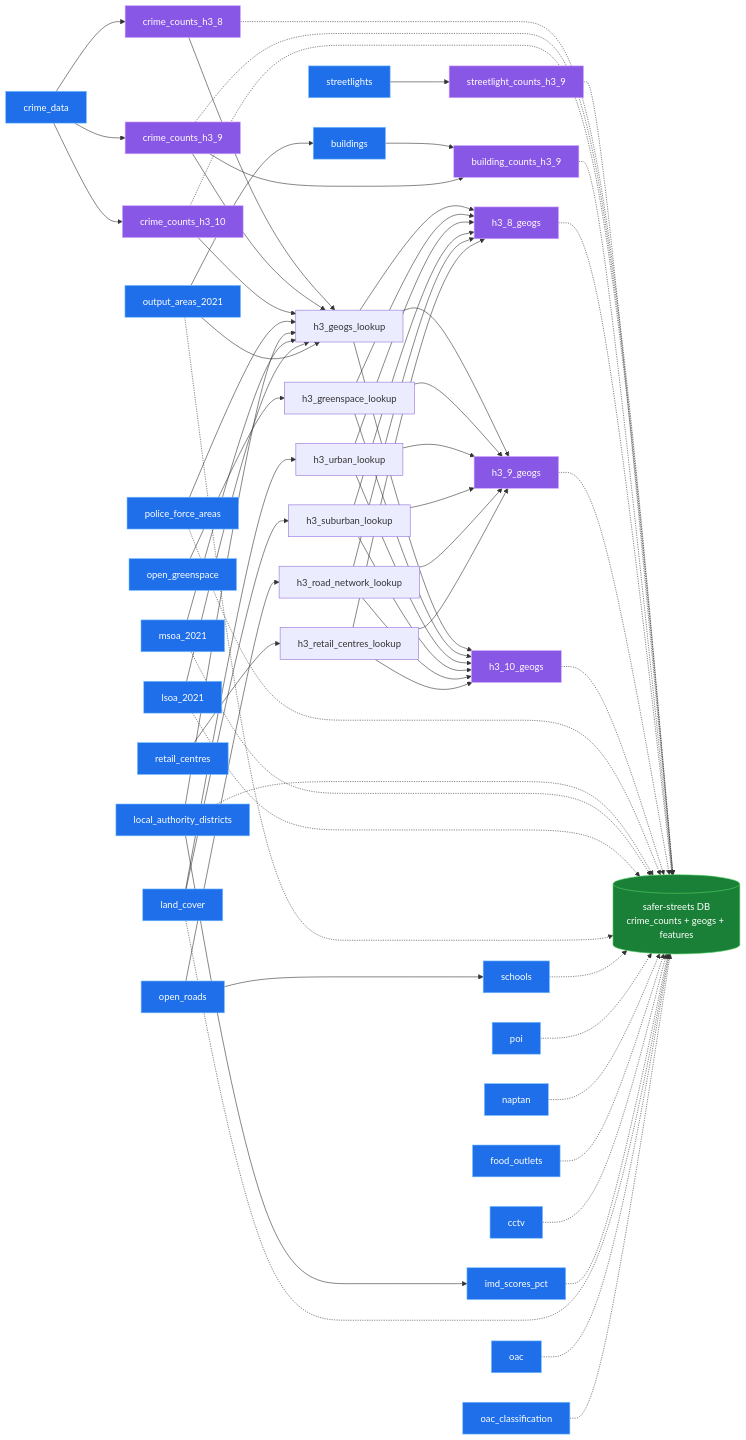
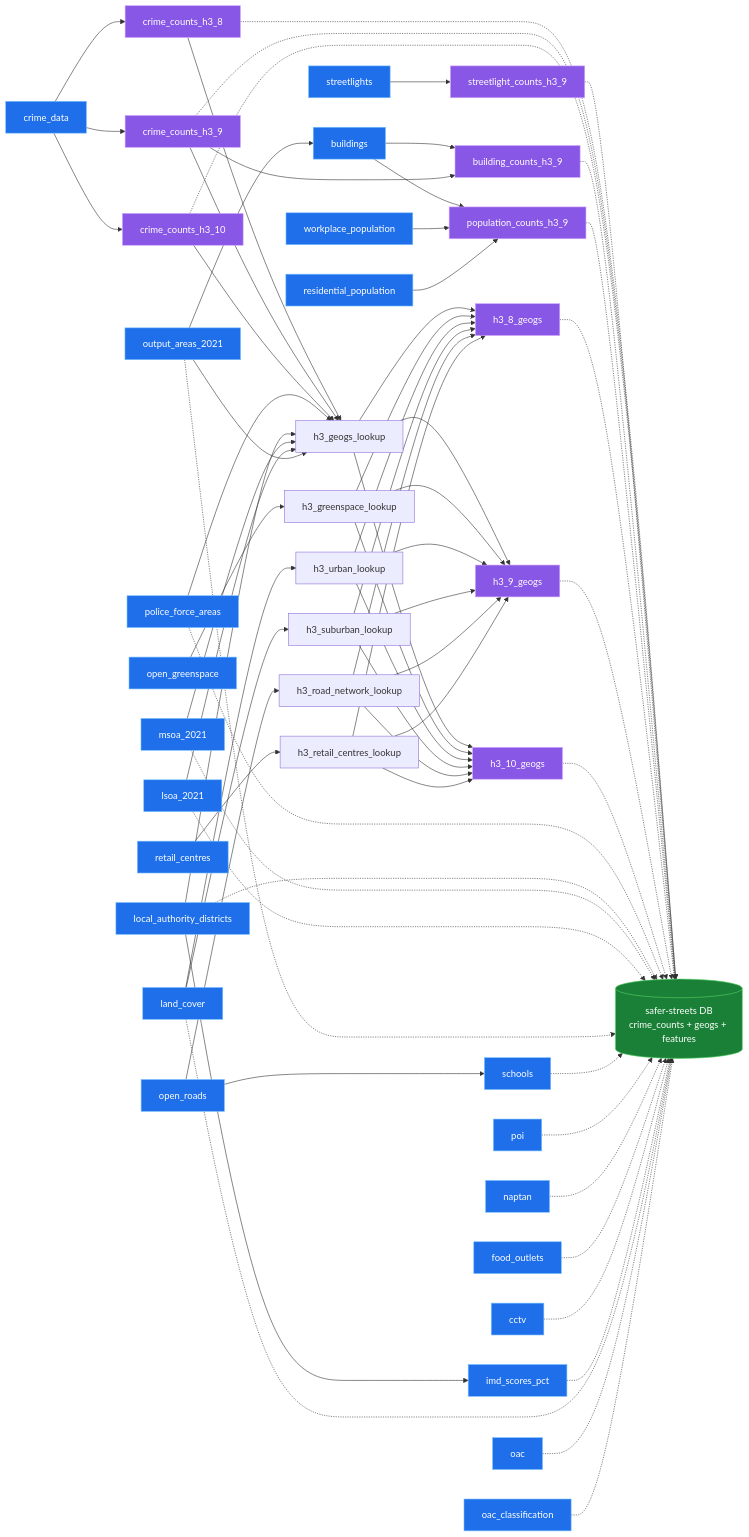
Before and after one commit to safer-streets/safer-streets-tooling: the diagram in README.md, drawn with Mermaid. The commit also changed other lines of this file and 10 other files, not shown here.

First line of the commit message:
Add population extracts + population_counts_h3_9 transform (#14)

````diff
--- a/README.md
+++ b/README.md
@@ -65,12 +65,15 @@
    imd_scores_pct
    oac
    oac_classification
+   workplace_population
+   residential_population
 
    crime_counts_h3_8
    crime_counts_h3_9
    crime_counts_h3_10
    streetlight_counts_h3_9
    building_counts_h3_9
+   population_counts_h3_9
    h3_geogs_lookup
    h3_greenspace_lookup
    h3_urban_lookup
@@ -96,6 +99,9 @@
     streetlights --> streetlight_counts_h3_9
     buildings --> building_counts_h3_9
     crime_counts_h3_9 --> building_counts_h3_9
+    buildings --> population_counts_h3_9
+    workplace_population --> population_counts_h3_9
+    residential_population --> population_counts_h3_9
     crime_counts_h3_8 --> h3_geogs_lookup
     crime_counts_h3_9 --> h3_geogs_lookup
     crime_counts_h3_10 --> h3_geogs_lookup
@@ -134,6 +140,7 @@
     crime_counts_h3_10 -.-> database
     streetlight_counts_h3_9 -.-> database
     building_counts_h3_9 -.-> database
+    population_counts_h3_9 -.-> database
     h3_8_geogs -.-> database
     h3_9_geogs -.-> database
     h3_10_geogs -.-> database
@@ -156,7 +163,7 @@
     classDef extract fill:#1f6feb,stroke:#79c0ff,stroke-width:1px,color:#ffffff;
     classDef transform fill:#8957e5,stroke:#d2a8ff,stroke-width:1px,color:#ffffff;
     classDef load fill:#1a7f37,stroke:#56d364,stroke-width:1px,color:#ffffff;
-    class crime_data,police_force_areas,local_authority_districts,msoa_2021,lsoa_2021,output_areas_2021,open_greenspace,land_cover,buildings,retail_centres,open_roads,poi,naptan,food_outlets,streetlights,cctv,schools,imd_scores_pct,oac,oac_classification extract;
-    class crime_counts_h3_8,crime_counts_h3_9,crime_counts_h3_10,streetlight_counts_h3_9,building_counts_h3_9,h3_8_geogs,h3_9_geogs,h3_10_geogs transform;
+    class crime_data,police_force_areas,local_authority_districts,msoa_2021,lsoa_2021,output_areas_2021,open_greenspace,land_cover,buildings,retail_centres,open_roads,poi,naptan,food_outlets,streetlights,cctv,schools,imd_scores_pct,oac,oac_classification,workplace_population,residential_population extract;
+    class crime_counts_h3_8,crime_counts_h3_9,crime_counts_h3_10,streetlight_counts_h3_9,building_counts_h3_9,population_counts_h3_9,h3_8_geogs,h3_9_geogs,h3_10_geogs transform;
     class database load;
 ```
````
